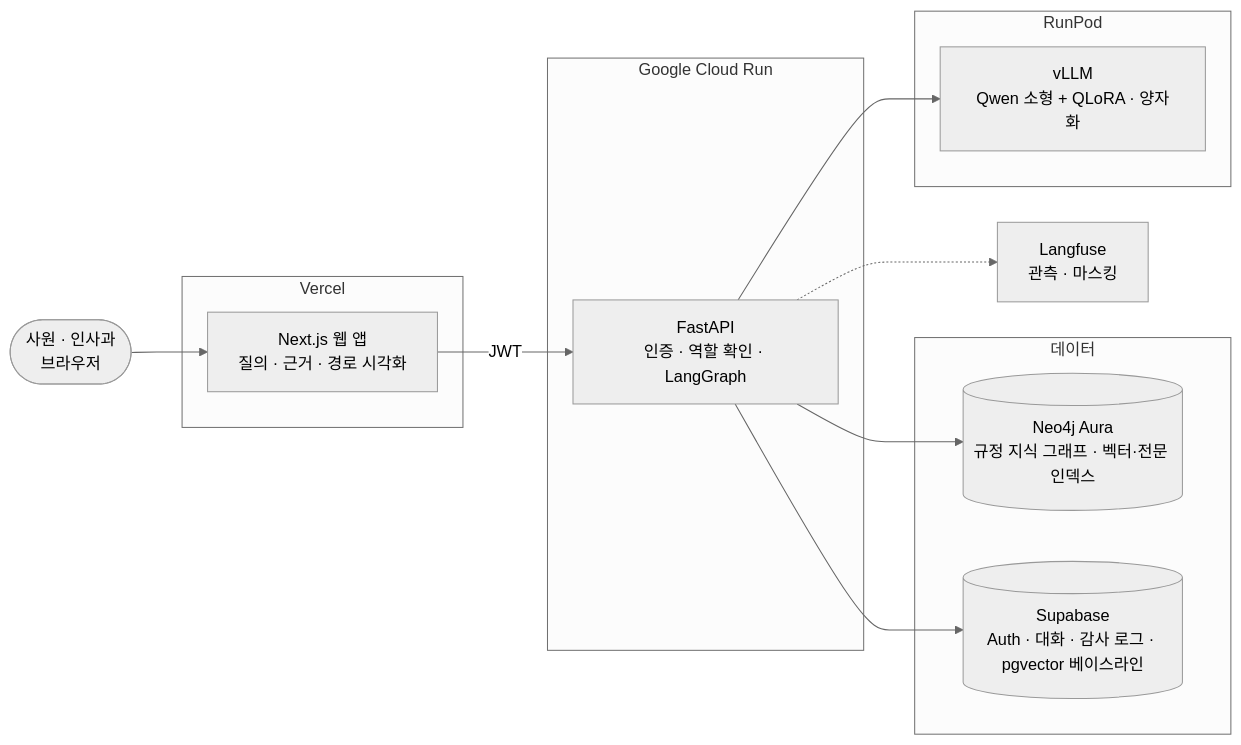
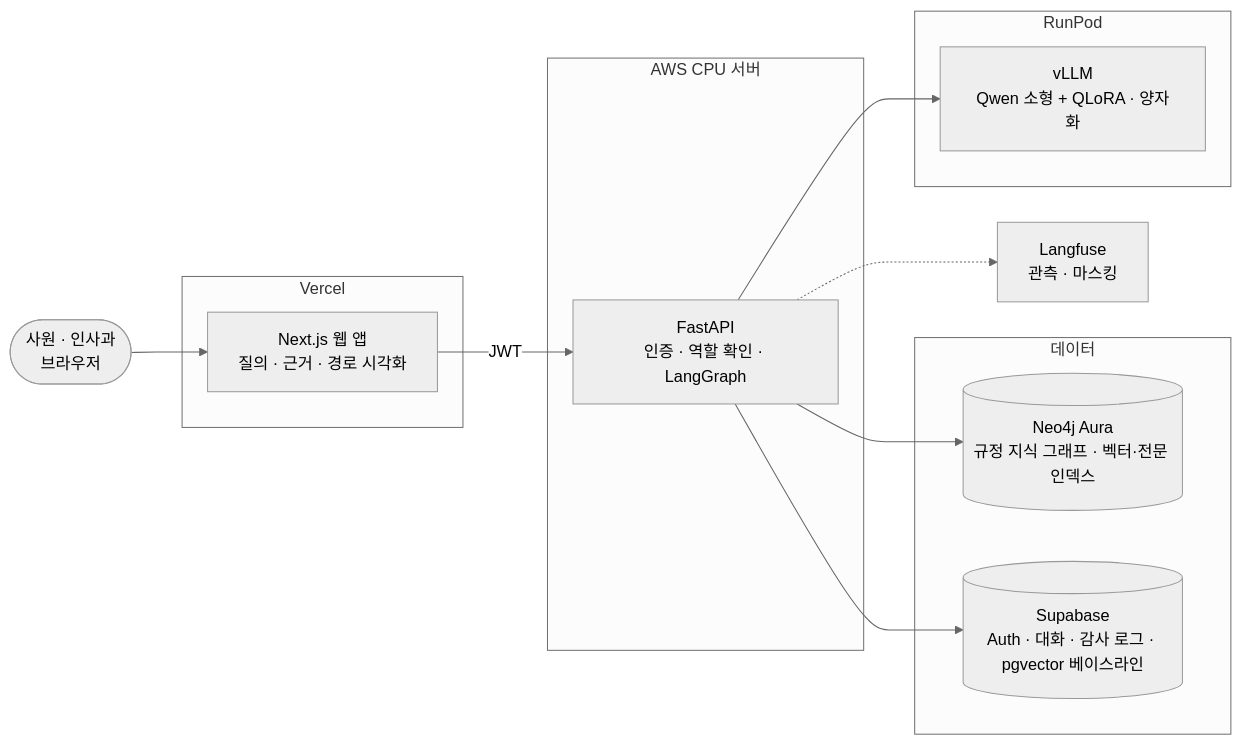
One commit to encore-ai-campus/mle-01-final-team2 changed the first of 2 diagrams in README.md. Above: the diagram before and after it, drawn with Mermaid (neutral theme). The commit also changed other lines of this file and 4 other files, not shown here.

First line of the commit message:
docs: API 호스팅을 Cloud Run에서 AWS CPU 서버로 변경 반영

````diff
--- a/README.md
+++ b/README.md
@@ -118,24 +118,24 @@
 ```mermaid
 flowchart LR
   U(["사원 · 인사과<br/>브라우저"])
   subgraph VC["Vercel"]
     W["Next.js 웹 앱<br/>질의 · 근거 · 경로 시각화"]
   end
-  subgraph GC["Google Cloud Run"]
+  subgraph GC["AWS CPU 서버"]
     A["FastAPI<br/>인증 · 역할 확인 · LangGraph"]
   end
   subgraph DB["데이터"]
     N[("Neo4j Aura<br/>규정 지식 그래프 · 벡터·전문 인덱스")]
     S[("Supabase<br/>Auth · 대화 · 감사 로그 · pgvector 베이스라인")]
   end
   subgraph RP["RunPod"]
     V["vLLM<br/>Qwen 소형 + QLoRA · 양자화"]
   end
   L["Langfuse<br/>관측 · 마스킹"]
   U --> W
   W -->|"JWT"| A
   A --> N
   A --> S
   A --> V
   A -.-> L
 ```
````
